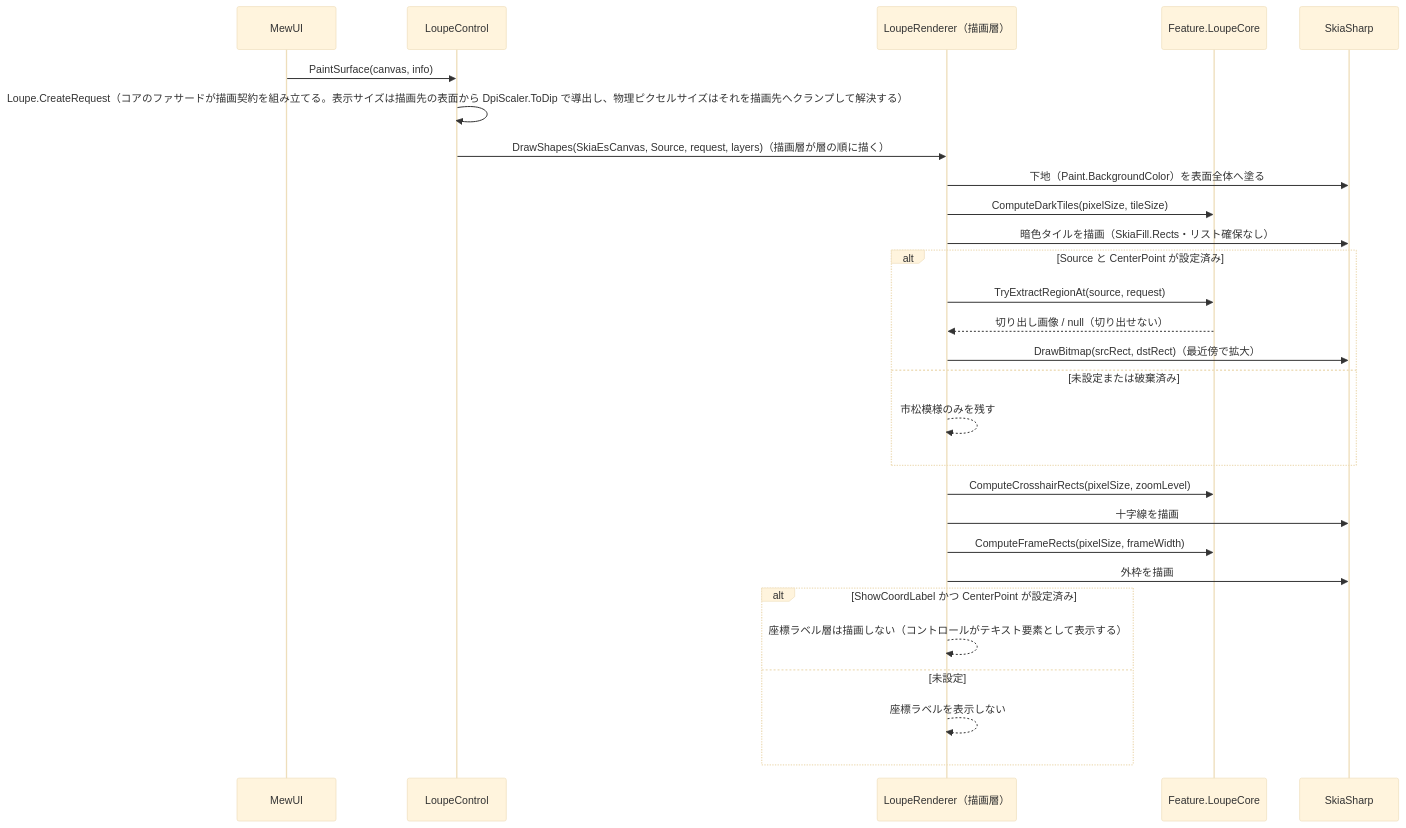
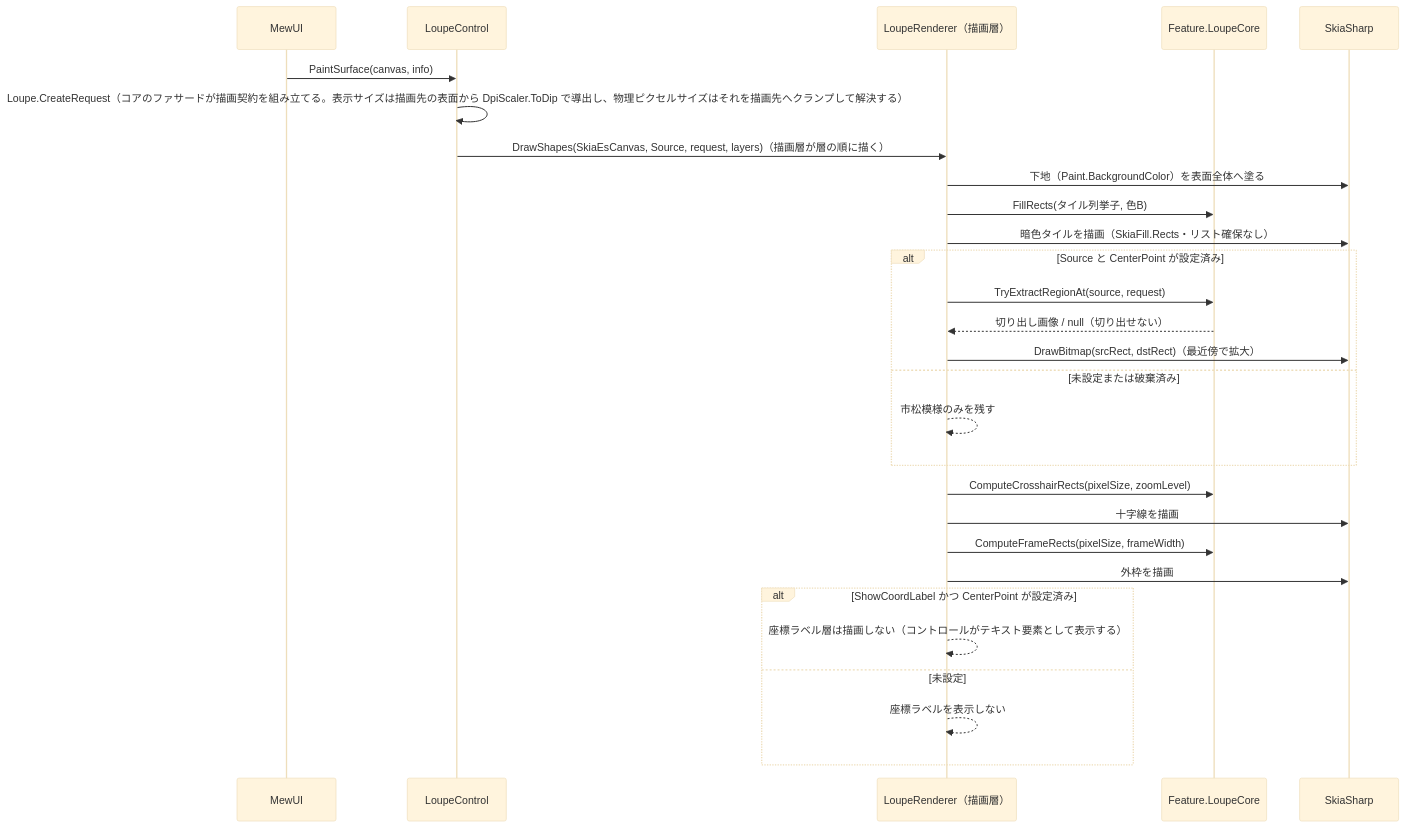
One commit to tomokuni/SaveEvidence changed the second of 2 diagrams in src/LoupeControl.MewUI/SPEC_System.md. Above: the diagram before and after it, drawn with Mermaid (base theme). The commit also changed other lines of this file and 72 other files, not shown here.

````diff
--- a/src/LoupeControl.MewUI/SPEC_System.md
+++ b/src/LoupeControl.MewUI/SPEC_System.md
@@ -200,31 +190,31 @@
 ```mermaid
 sequenceDiagram
     participant MW as MewUI
     participant LC as LoupeControl
     participant R as LoupeRenderer（描画層）
     participant C as Feature.LoupeCore
     participant SK as SkiaSharp
 
     MW->>LC: PaintSurface(canvas, info)
     LC->>LC: Loupe.CreateRequest（コアのファサードが描画契約を組み立てる。表示サイズは描画先の表面から DpiScaler.ToDip で導出し、物理ピクセルサイズはそれを描画先へクランプして解決する）
     LC->>R: DrawShapes(SkiaEsCanvas, Source, request, layers)（描画層が層の順に描く）
     R->>SK: 下地（Paint.BackgroundColor）を表面全体へ塗る
-    R->>C: ComputeDarkTiles(pixelSize, tileSize)
+    R->>C: FillRects(タイル列挙子, 色B)
     R->>SK: 暗色タイルを描画（SkiaFill.Rects・リスト確保なし）
     alt Source と CenterPoint が設定済み
         R->>C: TryExtractRegionAt(source, request)
         C-->>R: 切り出し画像 / null（切り出せない）
         R->>SK: DrawBitmap(srcRect, dstRect)（最近傍で拡大）
     else 未設定または破棄済み
         R-->>R: 市松模様のみを残す
     end
     R->>C: ComputeCrosshairRects(pixelSize, zoomLevel)
     R->>SK: 十字線を描画
     R->>C: ComputeFrameRects(pixelSize, frameWidth)
     R->>SK: 外枠を描画
     alt ShowCoordLabel かつ CenterPoint が設定済み
         R-->>R: 座標ラベル層は描画しない（コントロールがテキスト要素として表示する）
     else 未設定
         R-->>R: 座標ラベルを表示しない
     end
 ```
````
